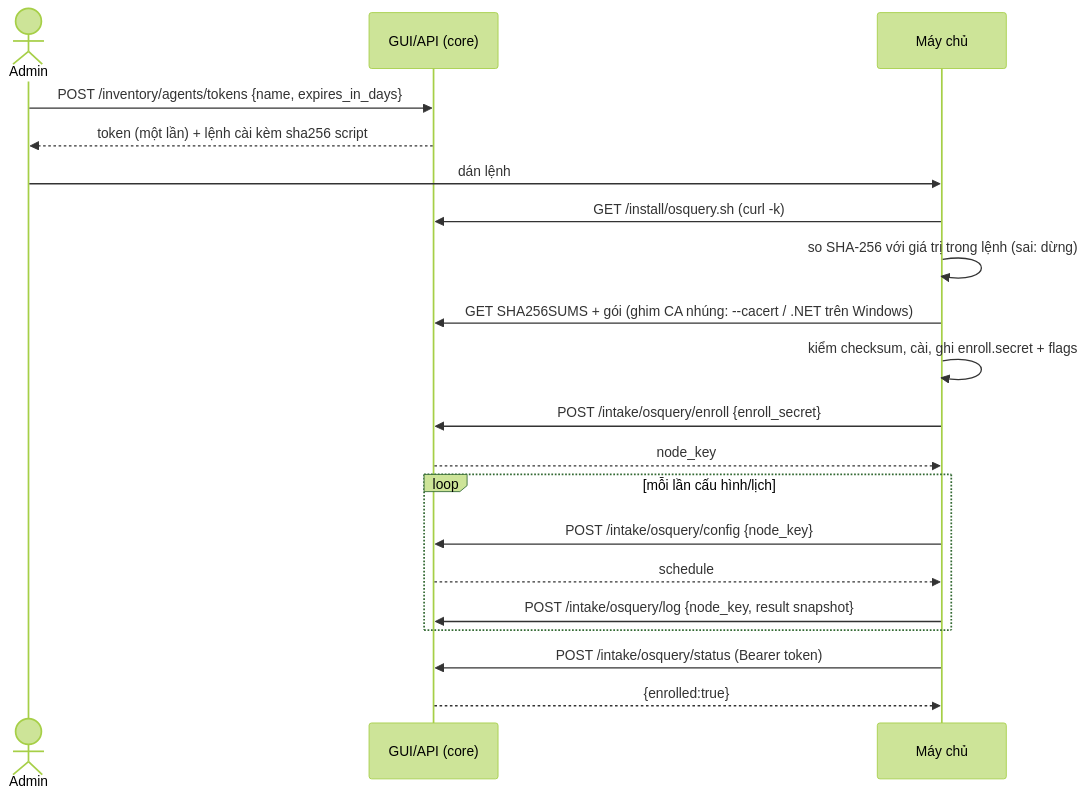
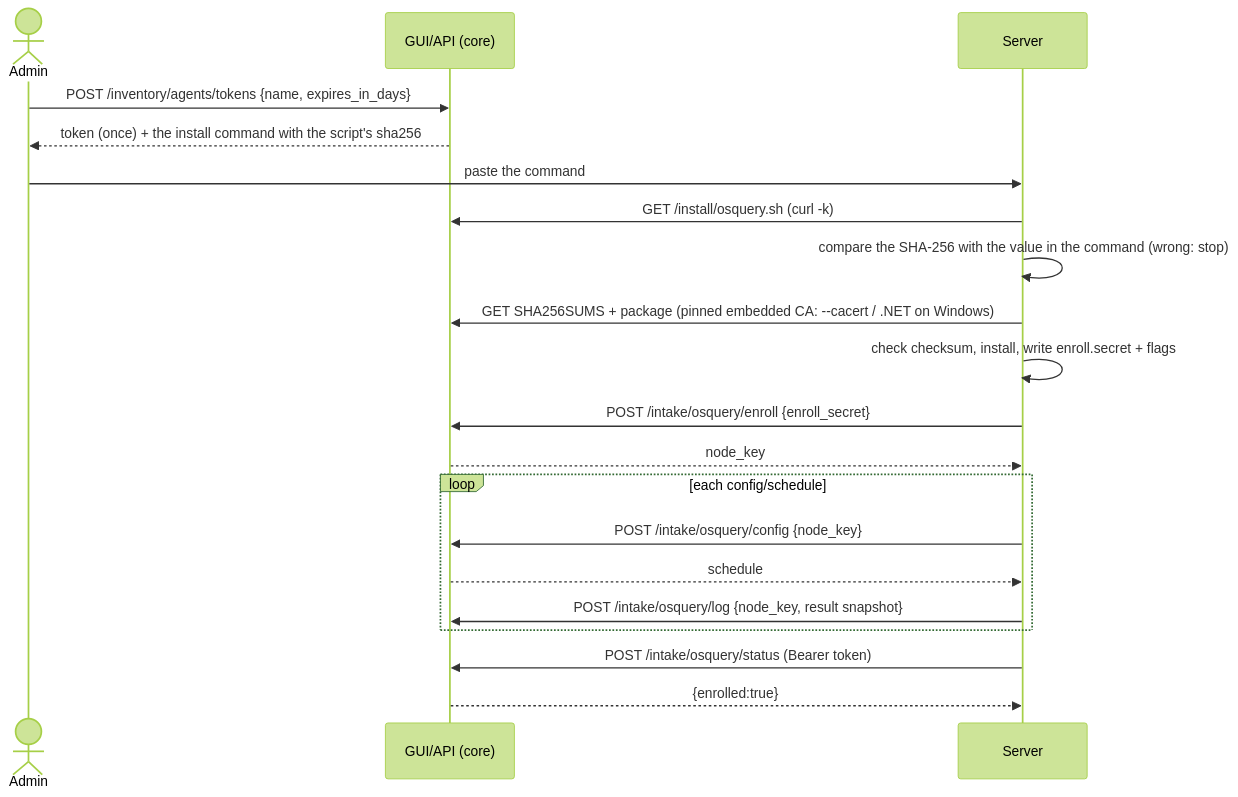
One commit to KNT048/vedette changed the diagram in docs/specs/osquery-intake.md. Above: the diagram before and after it, drawn with Mermaid (forest theme). The commit also changed other lines of this file and 3 other files, not shown here.

````diff
--- a/docs/specs/osquery-intake.md
+++ b/docs/specs/osquery-intake.md
@@ -140,22 +140,22 @@
 ```mermaid
 sequenceDiagram
     actor A as Admin
     participant G as GUI/API (core)
-    participant M as Máy chủ
+    participant M as Server
     A->>G: POST /inventory/agents/tokens {name, expires_in_days}
-    G-->>A: token (một lần) + lệnh cài kèm sha256 script
-    A->>M: dán lệnh
+    G-->>A: token (once) + the install command with the script's sha256
+    A->>M: paste the command
     M->>G: GET /install/osquery.sh (curl -k)
-    M->>M: so SHA-256 với giá trị trong lệnh (sai: dừng)
-    M->>G: GET SHA256SUMS + gói (ghim CA nhúng: --cacert / .NET trên Windows)
-    M->>M: kiểm checksum, cài, ghi enroll.secret + flags
+    M->>M: compare the SHA-256 with the value in the command (wrong: stop)
+    M->>G: GET SHA256SUMS + package (pinned embedded CA: --cacert / .NET on Windows)
+    M->>M: check checksum, install, write enroll.secret + flags
     M->>G: POST /intake/osquery/enroll {enroll_secret}
     G-->>M: node_key
-    loop mỗi lần cấu hình/lịch
+    loop each config/schedule
         M->>G: POST /intake/osquery/config {node_key}
         G-->>M: schedule
         M->>G: POST /intake/osquery/log {node_key, result snapshot}
     end
     M->>G: POST /intake/osquery/status (Bearer token)
     G-->>M: {enrolled:true}
 ```
````
